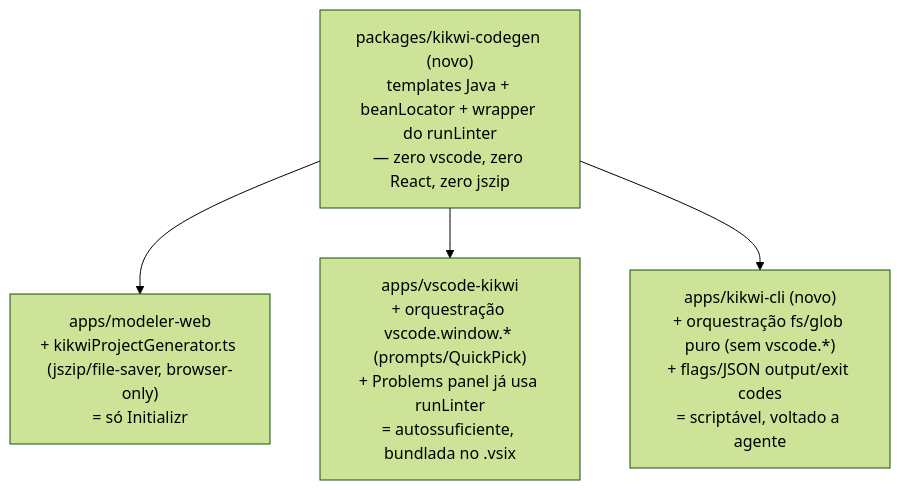
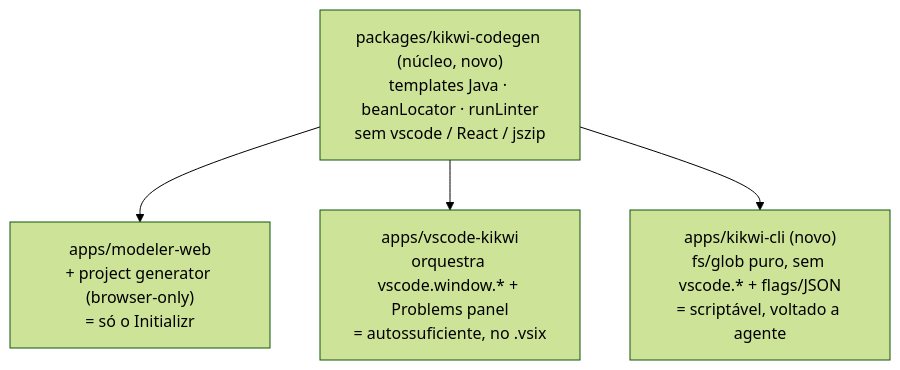
The second of 2 diagrams in src/content/blog/devex-virou-centro-de-custo.md (efagundes93/e1000tech), drawn with Mermaid (forest theme) before and after one commit. The commit also changed other lines of this file and 2 other files, not shown here.

First line of the commit message:
fix: diagramas mermaid não ficam mais gigantes

````diff
--- a/src/content/blog/devex-virou-centro-de-custo.md
+++ b/src/content/blog/devex-virou-centro-de-custo.md
@@ -260,12 +260,12 @@
 ```mermaid
 flowchart TB
-    CORE["packages/kikwi-codegen (novo)<br/>templates Java + beanLocator + wrapper do runLinter<br/>— zero vscode, zero React, zero jszip"]
+    CORE["packages/kikwi-codegen (núcleo, novo)<br/>templates Java · beanLocator · runLinter<br/>sem vscode / React / jszip"]
 
-    WEB["apps/modeler-web<br/>+ kikwiProjectGenerator.ts (jszip/file-saver, browser-only)<br/>= só Initializr"]
-    EXT["apps/vscode-kikwi<br/>+ orquestração vscode.window.* (prompts/QuickPick)<br/>+ Problems panel já usa runLinter<br/>= autossuficiente, bundlada no .vsix"]
-    CLI["apps/kikwi-cli (novo)<br/>+ orquestração fs/glob puro (sem vscode.*)<br/>+ flags/JSON output/exit codes<br/>= scriptável, voltado a agente"]
+    WEB["apps/modeler-web<br/>+ project generator (browser-only)<br/>= só o Initializr"]
+    EXT["apps/vscode-kikwi<br/>orquestra vscode.window.* + Problems panel<br/>= autossuficiente, no .vsix"]
+    CLI["apps/kikwi-cli (novo)<br/>fs/glob puro, sem vscode.* + flags/JSON<br/>= scriptável, voltado a agente"]
 
     CORE --> WEB
     CORE --> EXT
     CORE --> CLI
 ```
````
